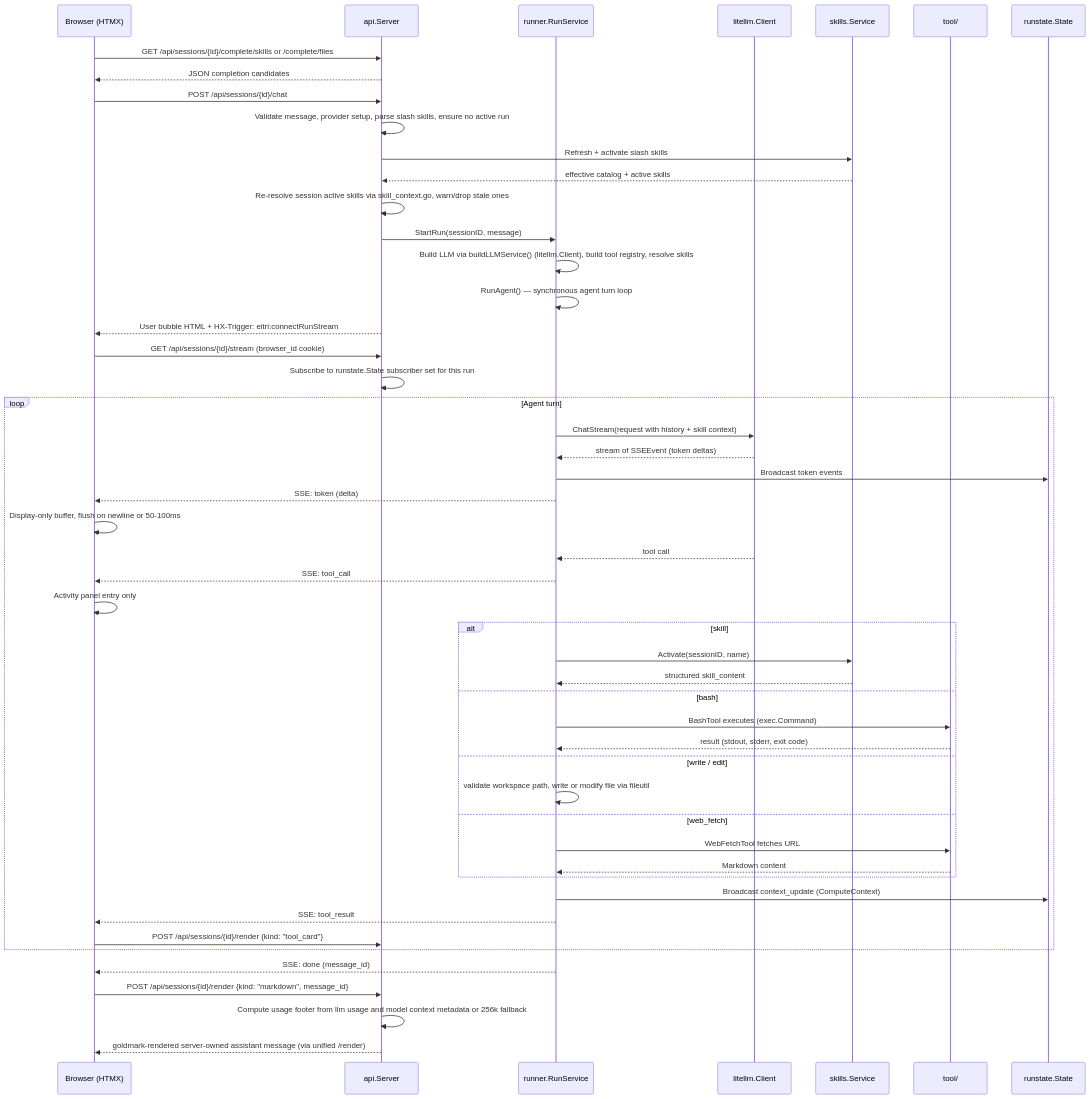
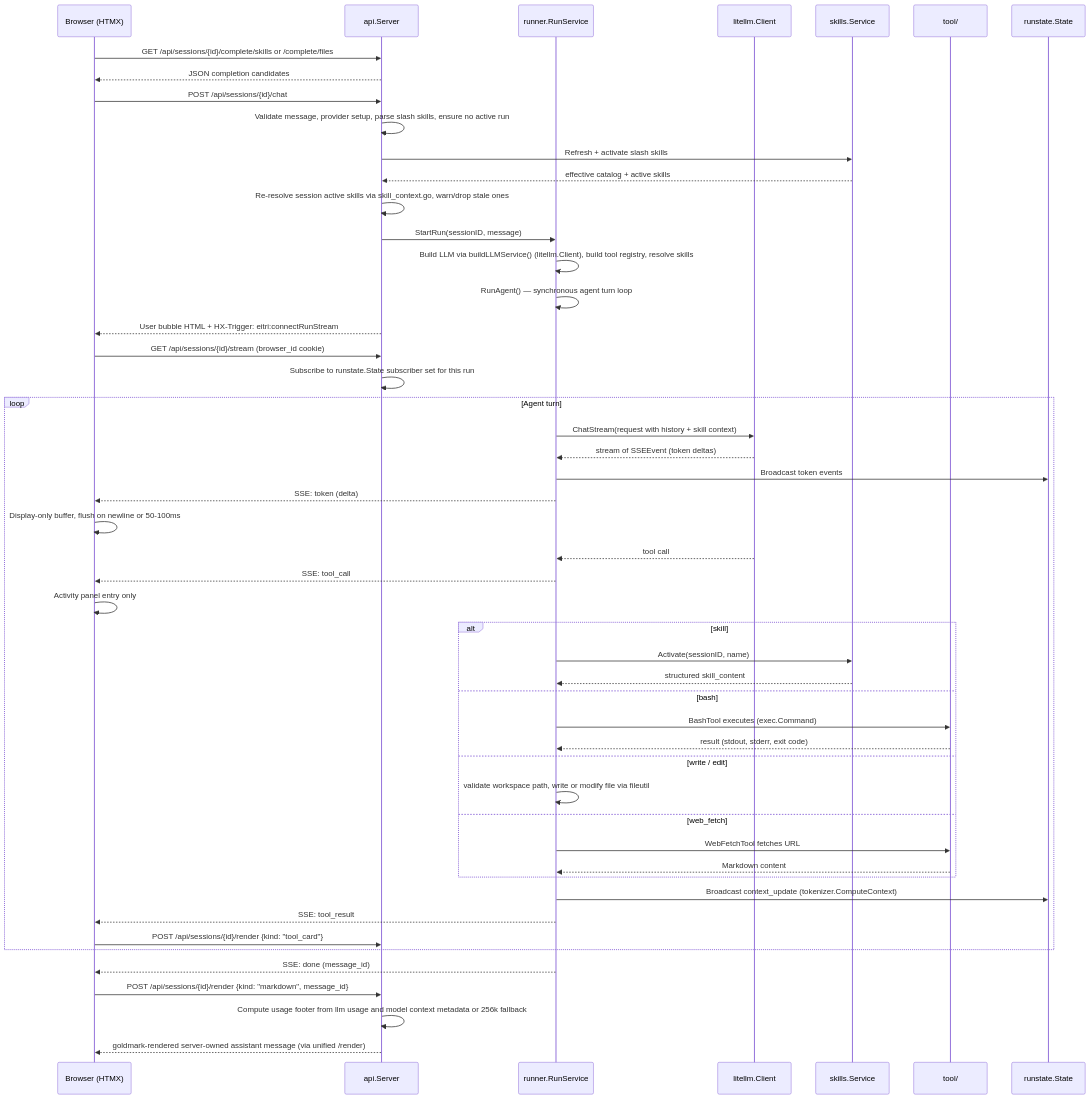
One commit to glemsom/eitri changed the second of 2 diagrams in docs/ARCHITECTURE.md. Above: the diagram before and after it, drawn with Mermaid. The commit also changed other lines of this file and 18 other files, not shown here.

````diff
--- a/docs/ARCHITECTURE.md
+++ b/docs/ARCHITECTURE.md
@@ -431,54 +437,54 @@
 ```mermaid
 sequenceDiagram
     participant Browser as Browser (HTMX)
     participant API as api.Server
     participant RunSvc as runner.RunService
     participant LLM as litellm.Client
     participant Skills as skills.Service
     participant Tool as tool/
 
     Browser->>API: GET /api/sessions/{id}/complete/skills or /complete/files
     API-->>Browser: JSON completion candidates
     Browser->>API: POST /api/sessions/{id}/chat
     API->>API: Validate message, provider setup, parse slash skills, ensure no active run
     API->>Skills: Refresh + activate slash skills
     Skills-->>API: effective catalog + active skills
     API->>API: Re-resolve session active skills via skill_context.go, warn/drop stale ones
     API->>RunSvc: StartRun(sessionID, message)
     RunSvc->>RunSvc: Build LLM via buildLLMService() (litellm.Client), build tool registry, resolve skills
     RunSvc->>RunSvc: RunAgent() — synchronous agent turn loop
     API-->>Browser: User bubble HTML + HX-Trigger: eitri:connectRunStream
     Browser->>API: GET /api/sessions/{id}/stream (browser_id cookie)
     API->>API: Subscribe to runstate.State subscriber set for this run
     
     loop Agent turn
         RunSvc->>LLM: ChatStream(request with history + skill context)
         LLM-->>RunSvc: stream of SSEEvent (token deltas)
         RunSvc->>runstate.State: Broadcast token events
         RunSvc-->>Browser: SSE: token (delta)
         Browser->>Browser: Display-only buffer, flush on newline or 50-100ms
         LLM-->>RunSvc: tool call
         RunSvc-->>Browser: SSE: tool_call
         Browser->>Browser: Activity panel entry only
         alt skill
             RunSvc->>Skills: Activate(sessionID, name)
             Skills-->>RunSvc: structured skill_content
         else bash
             RunSvc->>Tool: BashTool executes (exec.Command)
             Tool-->>RunSvc: result (stdout, stderr, exit code)
         else write / edit
             RunSvc->>RunSvc: validate workspace path, write or modify file via fileutil
         else web_fetch
             RunSvc->>Tool: WebFetchTool fetches URL
             Tool-->>RunSvc: Markdown content
         end
-        RunSvc->>runstate.State: Broadcast context_update (ComputeContext)
+        RunSvc->>runstate.State: Broadcast context_update (tokenizer.ComputeContext)
         RunSvc-->>Browser: SSE: tool_result
         Browser->>API: POST /api/sessions/{id}/render {kind: "tool_card"}
     end
 
     RunSvc-->>Browser: SSE: done (message_id)
     Browser->>API: POST /api/sessions/{id}/render {kind: "markdown", message_id}
     API->>API: Compute usage footer from llm usage and model context metadata or 256k fallback
     API-->>Browser: goldmark-rendered server-owned assistant message (via unified /render)
 ```
````
